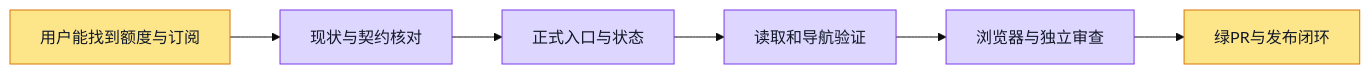
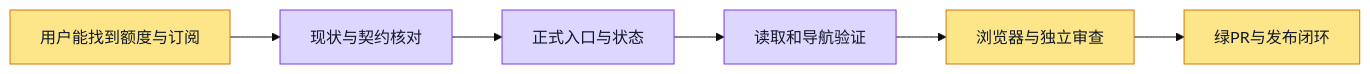
One commit to boardx/workspacex changed the diagram in docs/evidence/billing-entry-5714/plan.md. Above: the diagram before and after it, drawn with Mermaid (base theme). The commit also changed 19 other files, not shown here.

````diff
--- a/docs/evidence/billing-entry-5714/plan.md
+++ b/docs/evidence/billing-entry-5714/plan.md
@@ -5,19 +5,18 @@
 ```mermaid
 flowchart LR
  G[用户能找到额度与订阅] --> A[现状与契约核对] --> B[正式入口与状态] --> C[读取和导航验证] --> D[浏览器与独立审查] --> E[绿PR与发布闭环]
  classDef todo fill:#e5e7eb,stroke:#6b7280,color:#111827
  classDef doing fill:#fde68a,stroke:#d97706,color:#111827
  classDef done fill:#bbf7d0,stroke:#16a34a,color:#111827
  classDef tested fill:#ddd6fe,stroke:#7c3aed,color:#111827
  classDef blocked fill:#fecaca,stroke:#dc2626,color:#111827
  class G doing
  class A tested
  %% evidence A: main只有preview/billing和未接入菜单；issue5714记录用户截图断点。
  class B tested
  %% evidence B: component.log验证菜单可达与真实API读取状态。
  class C tested
  %% evidence C: component/lint/typecheck/navigation.log命令退出0。
- class D tested
- %% evidence D: browser.log 实际Chromium键盘/三档无溢出退出0；独立exact SHA审查ACCEPT ab2225636
+ class D doing
  class E doing
 ```
````
